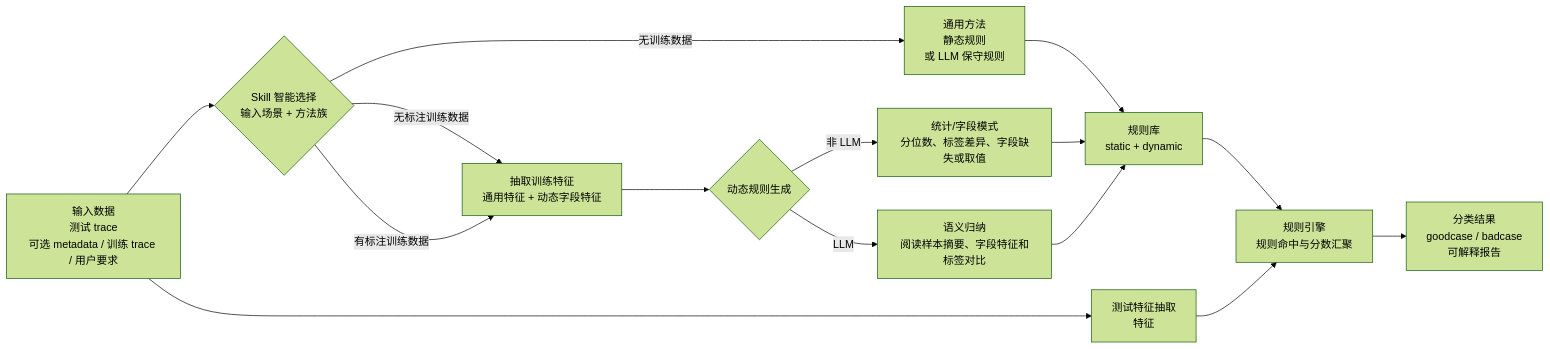
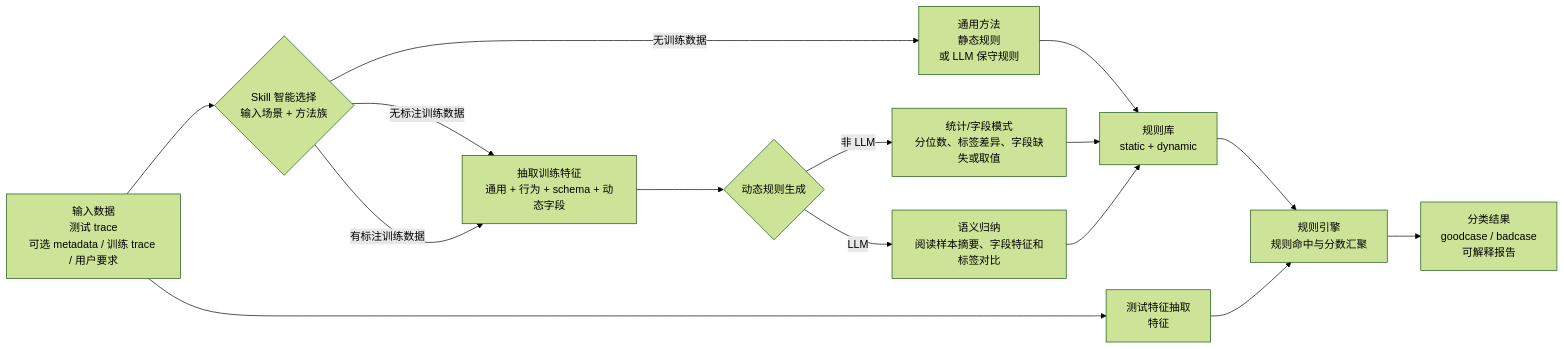
Before and after one commit to hehe03/skills-repo: the diagram in TraceSorter/Readme.md, drawn with Mermaid (forest theme). The commit also changed other lines of this file and 6 other files, not shown here.

````diff
--- a/TraceSorter/Readme.md
+++ b/TraceSorter/Readme.md
@@ -126,21 +132,21 @@
 ```mermaid
 flowchart LR
     A["输入数据<br/>测试 trace<br/>可选 metadata / 训练 trace / 用户要求"] --> B{"Skill 智能选择<br/>输入场景 + 方法族"}
 
     B -->|无训练数据| C["通用方法<br/>静态规则<br/>或 LLM 保守规则"]
-    B -->|无标注训练数据| D["抽取训练特征<br/>通用特征 + 动态字段特征"]
+    B -->|无标注训练数据| D["抽取训练特征<br/>通用 + 行为 + schema + 动态字段"]
     B -->|有标注训练数据| D
 
     D --> E{"动态规则生成"}
     E -->|非 LLM| F["统计/字段模式<br/>分位数、标签差异、字段缺失或取值"]
     E -->|LLM| G["语义归纳<br/>阅读样本摘要、字段特征和标签对比"]
 
     C --> H["规则库<br/>static + dynamic"]
     F --> H
     G --> H
 
     A --> I["测试特征抽取<br/>特征"]
     H --> J["规则引擎<br/>规则命中与分数汇聚"]
     I --> J
     J --> K["分类结果<br/>goodcase / badcase<br/>可解释报告"]
 ```
````
